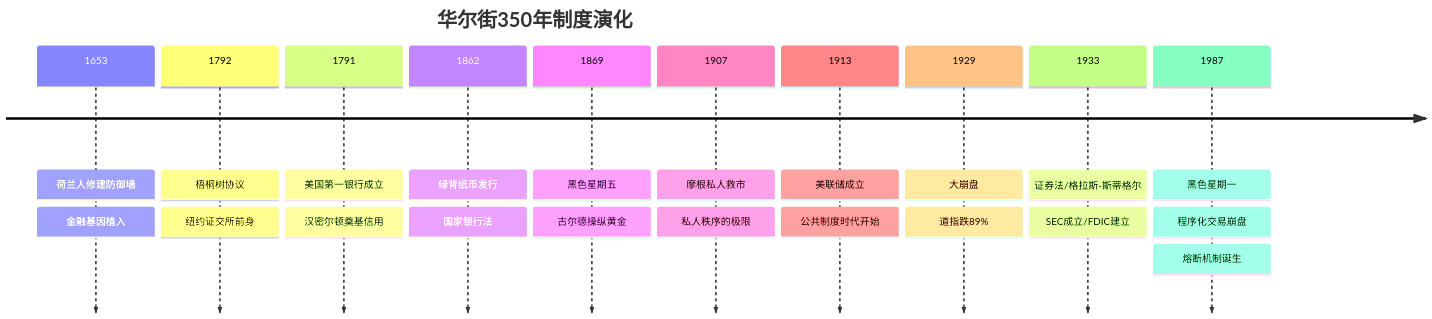
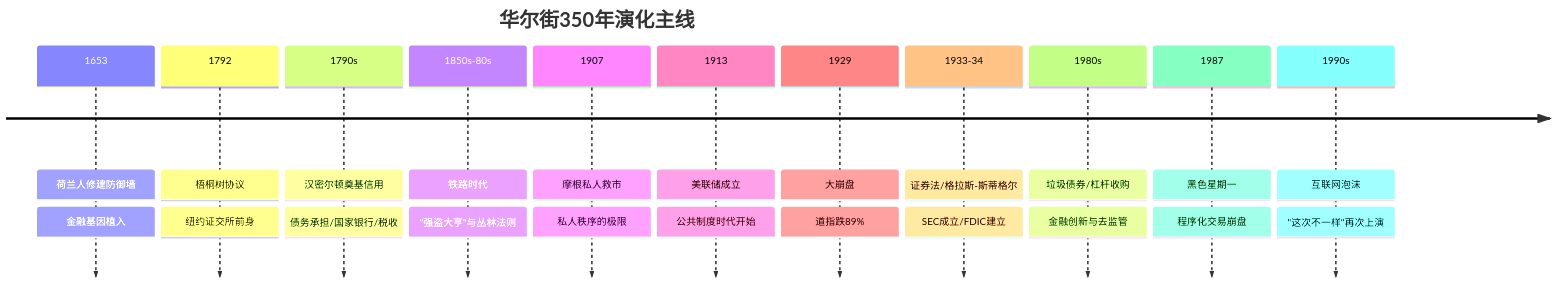
The first of 2 diagrams in 知识库/历史类/《伟大的博弈》 - 约翰·S·戈登.md (xdawayer/obsidian), drawn with Mermaid before and after one commit. The commit also changed other lines of this file and 42 other files, not shown here.

````diff
--- a/知识库/历史类/《伟大的博弈》 - 约翰·S·戈登.md
+++ b/知识库/历史类/《伟大的博弈》 - 约翰·S·戈登.md
@@ -54,25 +35,26 @@
 ```mermaid
 timeline
-    title 华尔街350年制度演化
+    title 华尔街350年演化主线
     1653 : 荷兰人修建防御墙
          : 金融基因植入
     1792 : 梧桐树协议
          : 纽约证交所前身
-    1791 : 美国第一银行成立
-         : 汉密尔顿奠基信用
-    1862 : 绿背纸币发行
-         : 国家银行法
-    1869 : 黑色星期五
-         : 古尔德操纵黄金
+    1790s : 汉密尔顿奠基信用
+         : 债务承担/国家银行/税收
+    1850s-80s : 铁路时代
+         : "强盗大亨"与丛林法则
     1907 : 摩根私人救市
          : 私人秩序的极限
     1913 : 美联储成立
          : 公共制度时代开始
     1929 : 大崩盘
          : 道指跌89%
-    1933 : 证券法/格拉斯-斯蒂格尔
+    1933-34 : 证券法/格拉斯-斯蒂格尔
          : SEC成立/FDIC建立
+    1980s : 垃圾债券/杠杆收购
+         : 金融创新与去监管
     1987 : 黑色星期一
          : 程序化交易崩盘
-         : 熔断机制诞生
+    1990s : 互联网泡沫
+         : "这次不一样"再次上演
 ```
````
